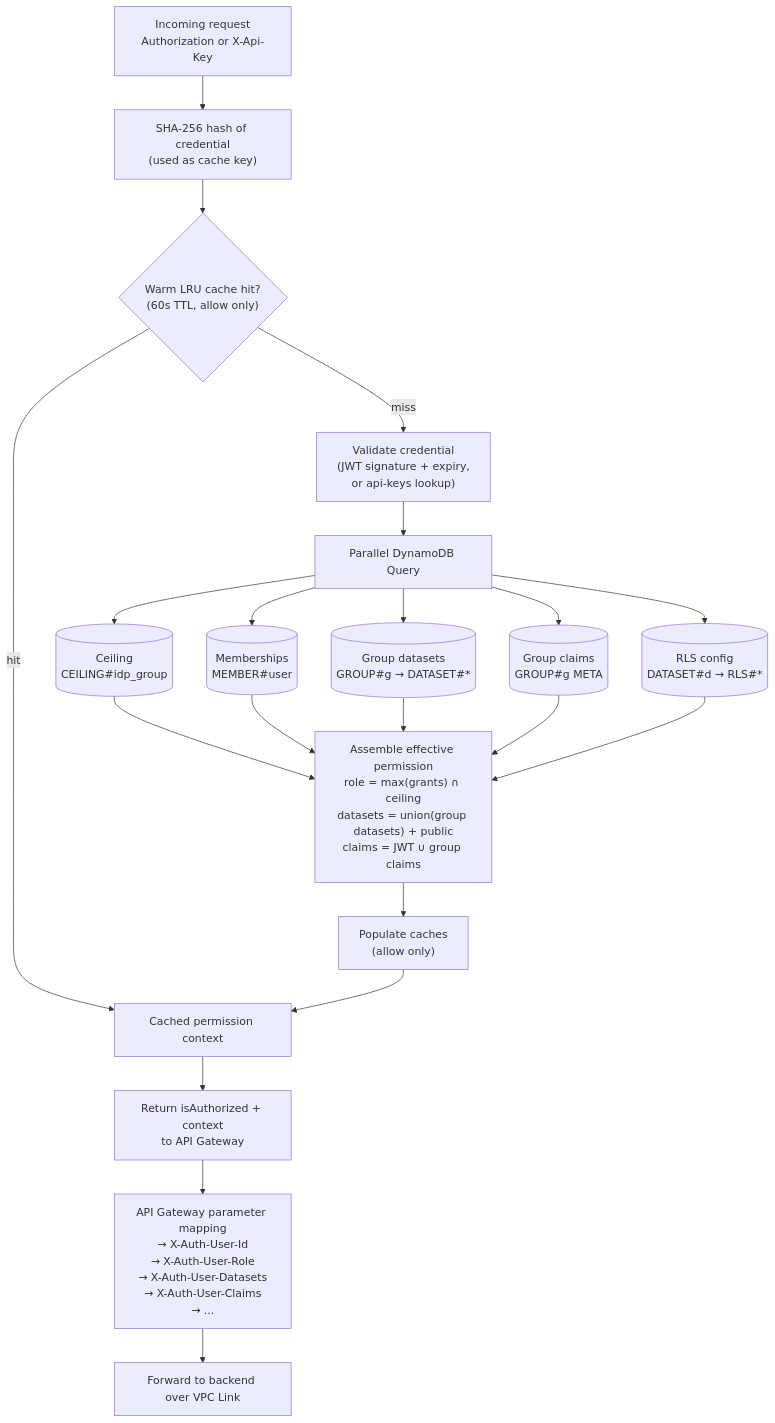
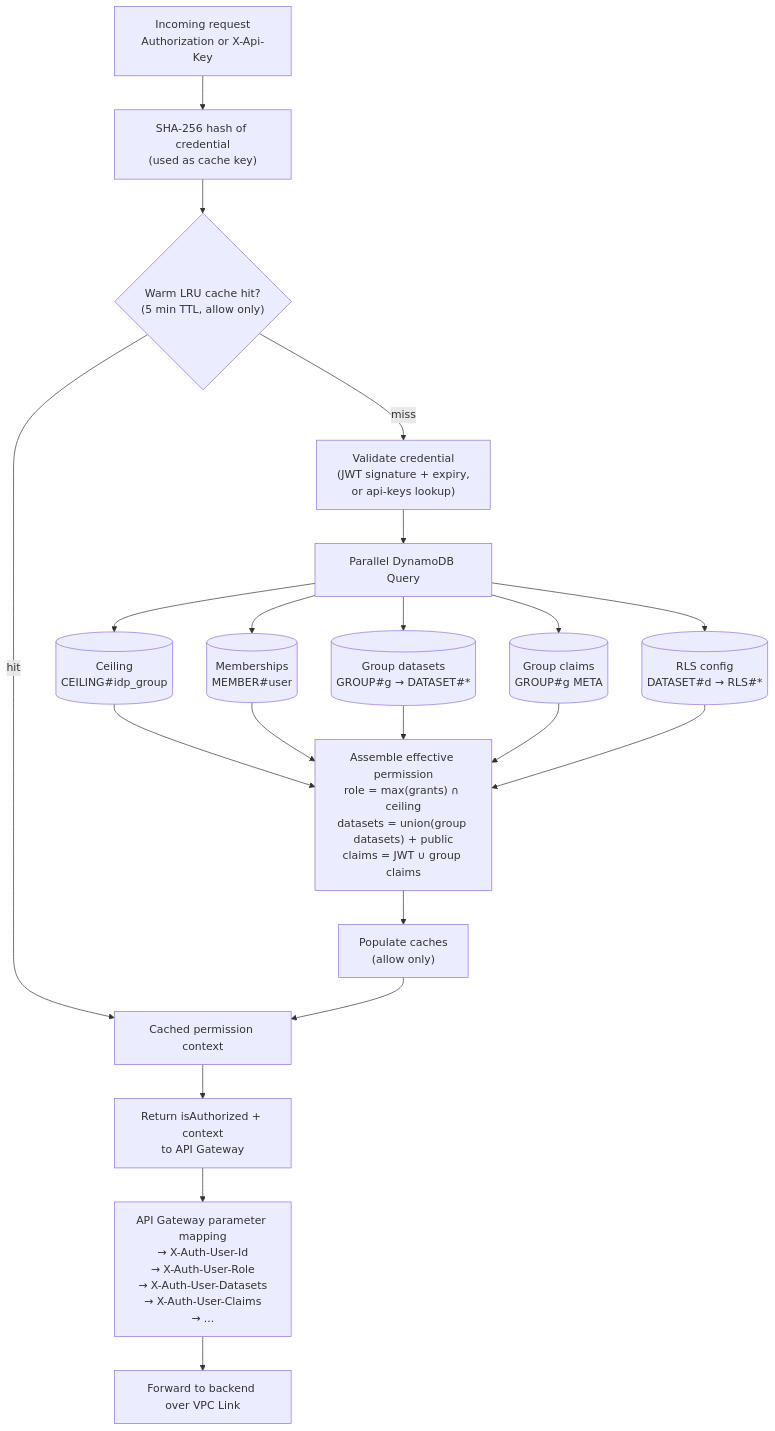
Before and after one commit to ericrmc/cloud-native-geospatial-design: the third of 3 diagrams in content/03_AUTHORISATION.md, drawn with Mermaid. The commit also changed other lines of this file and 5 other files, not shown here.

````diff
--- a/content/03_AUTHORISATION.md
+++ b/content/03_AUTHORISATION.md
@@ -265,19 +267,19 @@
 ```mermaid
 flowchart TB
     REQ["Incoming request<br/>Authorization or X-Api-Key"] --> HASH["SHA-256 hash of credential<br/>(used as cache key)"]
-    HASH --> WARM{"Warm LRU cache hit?<br/>(60s TTL, allow only)"}
+    HASH --> WARM{"Warm LRU cache hit?<br/>(5 min TTL, allow only)"}
     WARM -->|hit| CTX["Cached permission context"]
     WARM -->|miss| VAL["Validate credential<br/>(JWT signature + expiry,<br/>or api-keys lookup)"]
     VAL --> PAR["Parallel DynamoDB Query"]
     PAR --> Q1[("Ceiling<br/>CEILING#idp_group")]
     PAR --> Q2[("Memberships<br/>MEMBER#user")]
     PAR --> Q3[("Group datasets<br/>GROUP#g → DATASET#*")]
     PAR --> Q4[("Group claims<br/>GROUP#g META")]
     PAR --> Q5[("RLS config<br/>DATASET#d → RLS#*")]
     Q1 & Q2 & Q3 & Q4 & Q5 --> ASM["Assemble effective permission<br/>role = max(grants) ∩ ceiling<br/>datasets = union(group datasets) + public<br/>claims = JWT ∪ group claims"]
     ASM --> CACHE["Populate caches<br/>(allow only)"]
     CACHE --> CTX
     CTX --> RESP["Return isAuthorized + context<br/>to API Gateway"]
     RESP --> MAP["API Gateway parameter mapping<br/>→ X-Auth-User-Id<br/>→ X-Auth-User-Role<br/>→ X-Auth-User-Datasets<br/>→ X-Auth-User-Claims<br/>→ ..."]
     MAP --> BACK["Forward to backend over VPC Link"]
 ```
````
